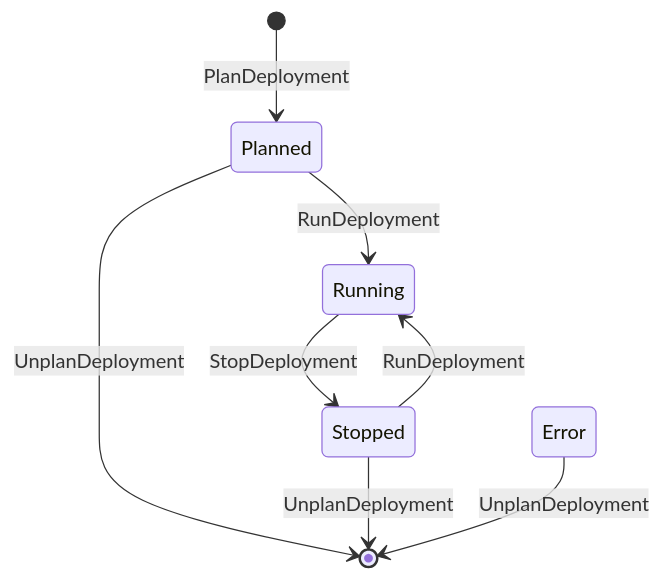
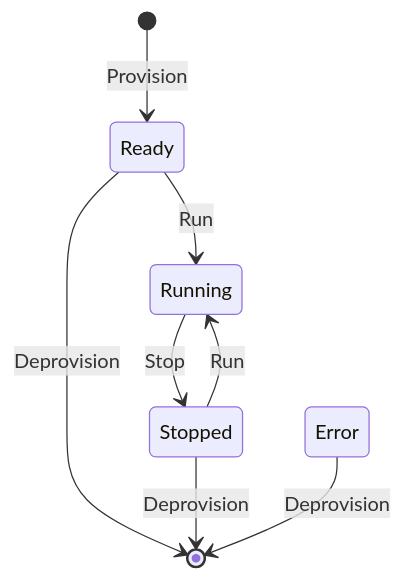
One commit to bitomia/realm changed the diagram in docs/loads.md. Above: the diagram before and after it, drawn with Mermaid. The commit also changed 15 other files, not shown here.

````diff
--- a/docs/loads.md
+++ b/docs/loads.md
@@ -1,14 +1,14 @@
 ```mermaid
 stateDiagram-v2
-    [*] --> Planned: PlanDeployment
-    
-    Planned --> Running: RunDeployment
-    Planned --> [*]: UnplanDeployment
+    [*] --> Ready: Provision
 
-    Stopped --> Running: RunDeployment
-    Stopped --> [*]: UnplanDeployment
+    Ready --> Running: Run
+    Ready --> [*]: Deprovision
 
-    Running --> Stopped: StopDeployment
+    Running --> Stopped: Stop
 
-    Error --> [*]: UnplanDeployment
+    Stopped --> Running: Run
+    Stopped --> [*]: Deprovision
+
+    Error --> [*]: Deprovision
 ```
````
